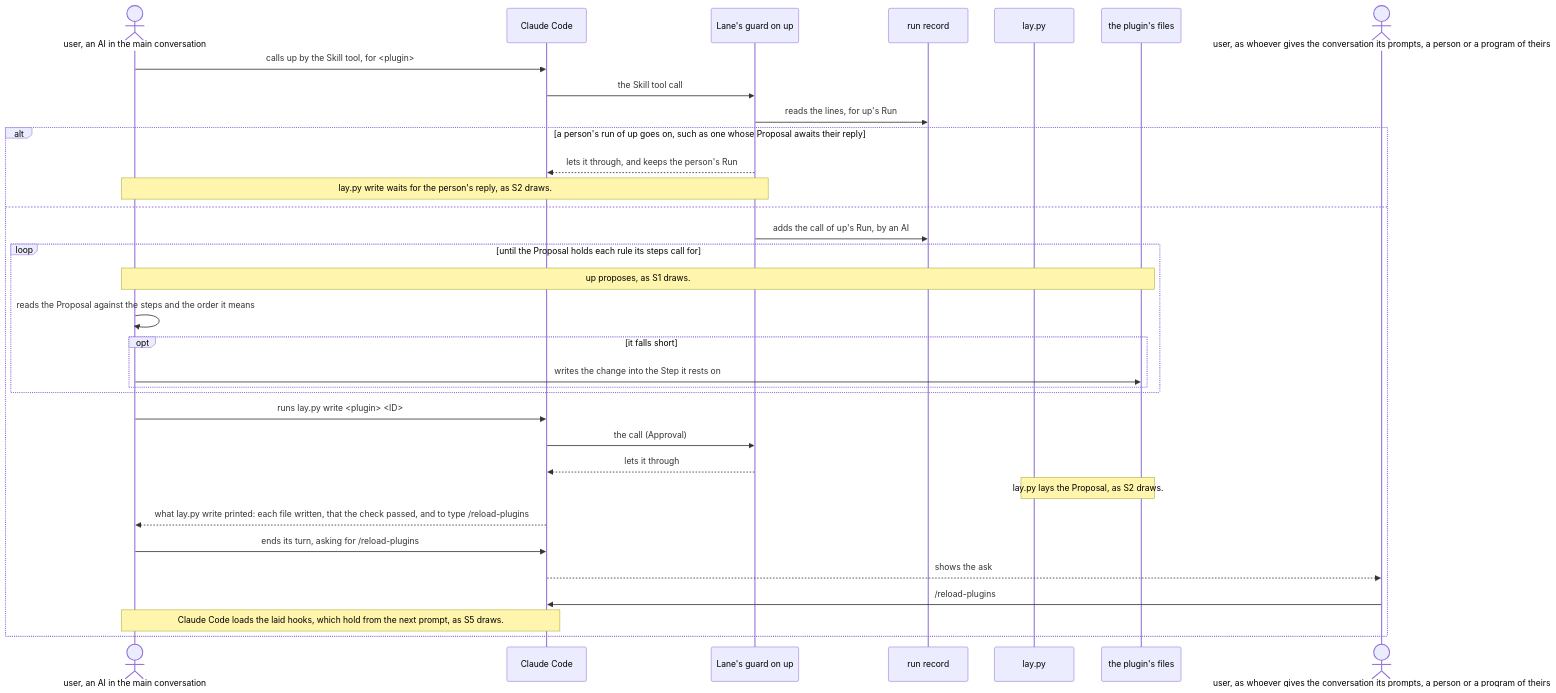
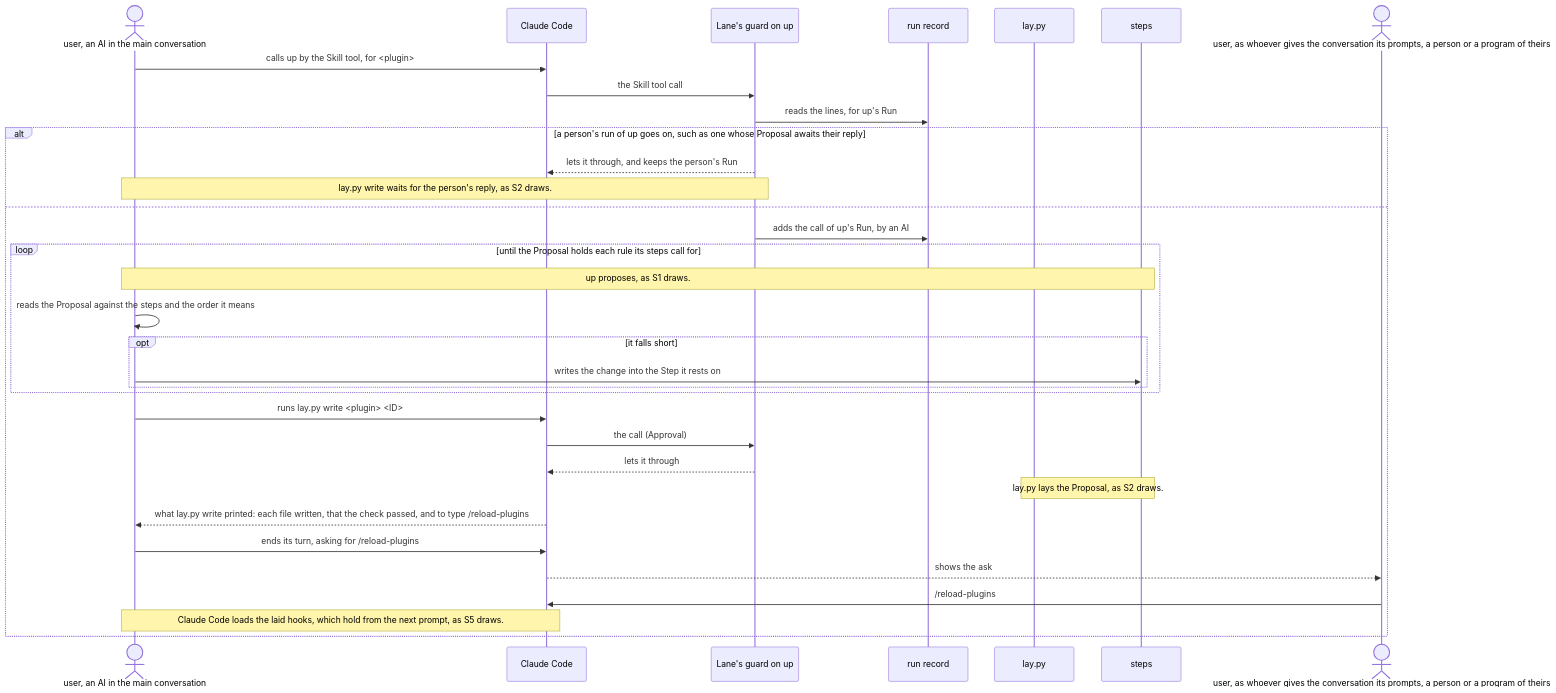
Before and after one commit to lovaizu/ccpm: the third of 7 diagrams in dev/lane/architecture.md, drawn with Mermaid. The commit also changed other lines of this file and 1 other file, not shown here.

````diff
--- a/dev/lane/architecture.md
+++ b/dev/lane/architecture.md
@@ -539,35 +550,35 @@
 ```mermaid
 sequenceDiagram
   actor A as user, an AI in the main conversation
   participant CC as Claude Code
   participant G as Lane's guard on up
   participant RS as run record
   participant L as lay.py
-  participant F as the plugin's files
+  participant ST as steps
   actor D as user, as whoever gives the conversation its prompts, a person or a program of theirs
   A->>CC: calls up by the Skill tool, for <plugin>
   CC->>G: the Skill tool call
   G->>RS: reads the lines, for up's Run
   alt a person's run of up goes on, such as one whose Proposal awaits their reply
     G-->>CC: lets it through, and keeps the person's Run
     Note over A,G: lay.py write waits for the person's reply, as S2 draws.
   else
     G->>RS: adds the call of up's Run, by an AI
     loop until the Proposal holds each rule its steps call for
-      Note over A,F: up proposes, as S1 draws.
+      Note over A,ST: up proposes, as S1 draws.
       A->>A: reads the Proposal against the steps and the order it means
       opt it falls short
-        A->>F: writes the change into the Step it rests on
+        A->>ST: writes the change into the Step it rests on
       end
     end
     A->>CC: runs lay.py write <plugin> <ID>
     CC->>G: the call (Approval)
     G-->>CC: lets it through
-    Note over L,F: lay.py lays the Proposal, as S2 draws.
+    Note over L,ST: lay.py lays the Proposal, as S2 draws.
     CC-->>A: what lay.py write printed: each file written, that the check passed, and to type /reload-plugins
     A->>CC: ends its turn, asking for /reload-plugins
     CC-->>D: shows the ask
     D->>CC: /reload-plugins
     Note over A,CC: Claude Code loads the laid hooks, which hold from the next prompt, as S5 draws.
   end
 ```
````
